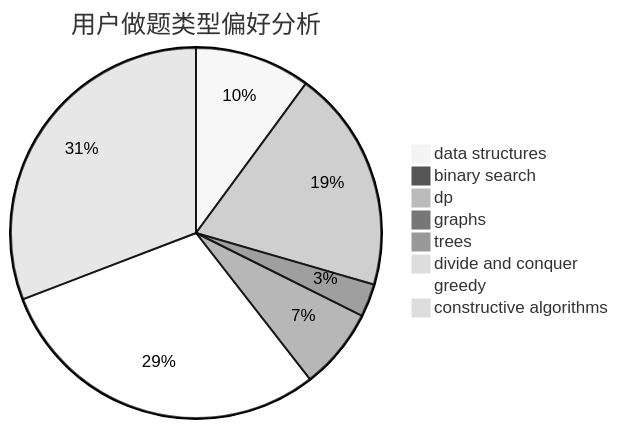
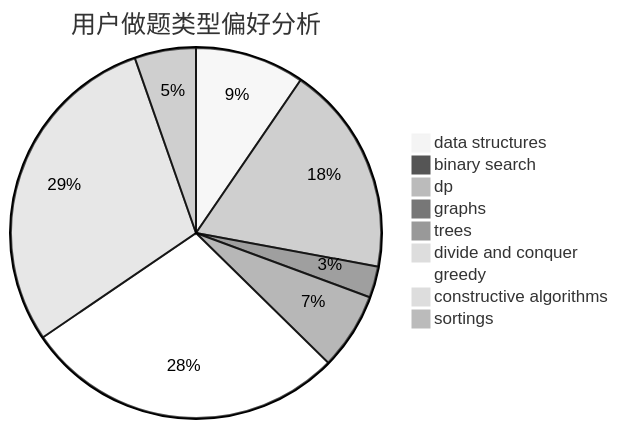
The second of 3 diagrams in docs/user/u2042.md (sherpahu/cfrs.github.io), drawn with Mermaid (neutral theme) before and after one commit. The commit also changed other lines of this file and 2769 other files, not shown here.

````diff
--- a/docs/user/u2042.md
+++ b/docs/user/u2042.md
@@ -23,11 +18,12 @@
 ```mermaid
 pie title 用户做题类型偏好分析
     "data structures" :  91
     "binary search" :  9
     "dp" :  175
     "graphs" :  26
     "trees" :  64
     "divide and conquer" :  0
     "greedy" :  268
     "constructive algorithms" :  278
+    "sortings" :  51
 ```
````
